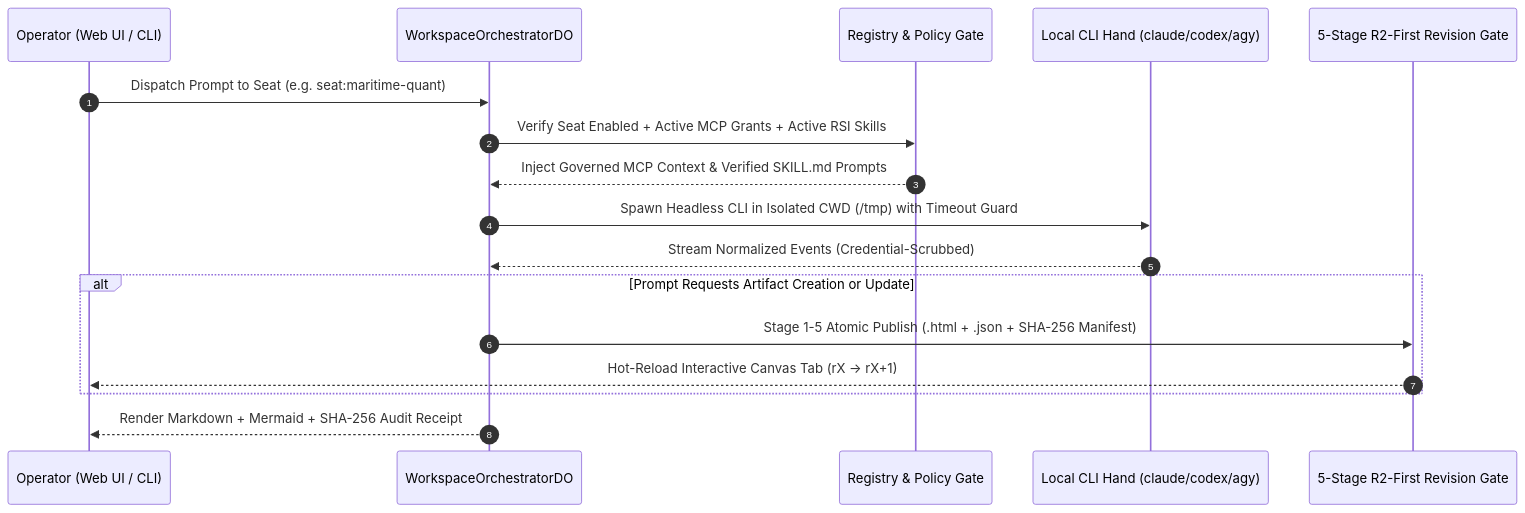
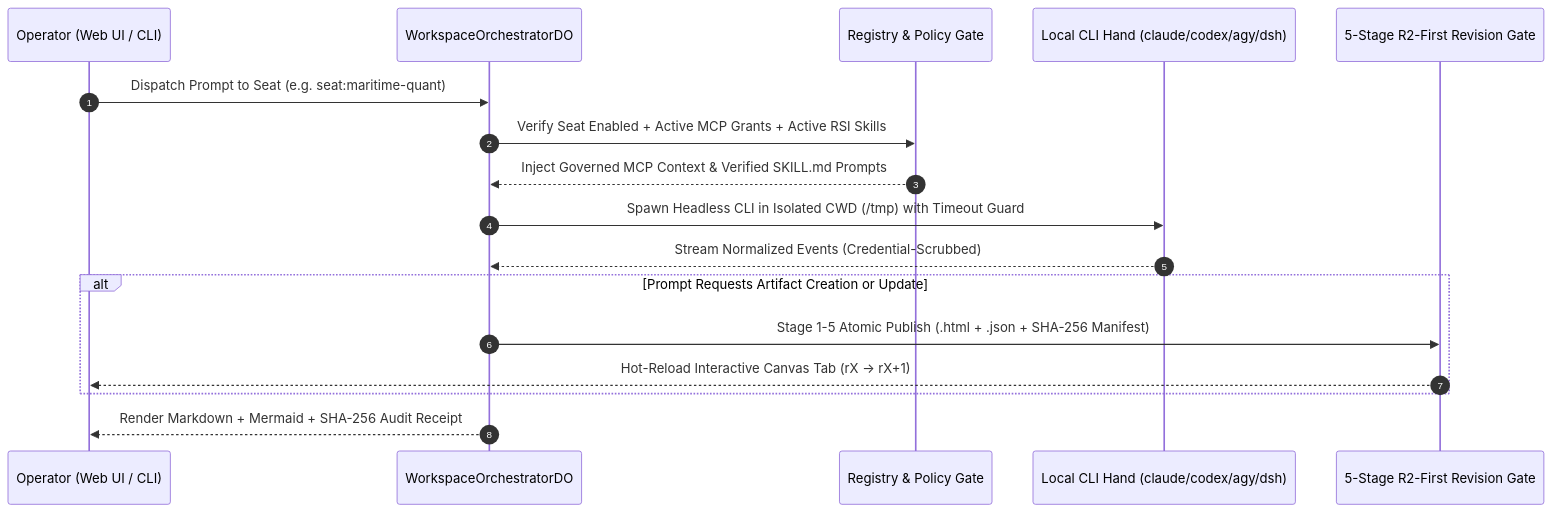
The diagram in docs/en/ARCHITECTURE.md (dmquant/archonos-pub), drawn with Mermaid before and after one commit. The commit also changed other lines of this file and 9 other files, not shown here.

First line of the commit message:
docs(hands): document the five local hands and dsh credentials

````diff
--- a/docs/en/ARCHITECTURE.md
+++ b/docs/en/ARCHITECTURE.md
@@ -11,20 +11,20 @@
 ```mermaid
 sequenceDiagram
   autonumber
   participant Op as Operator (Web UI / CLI)
   participant DO as WorkspaceOrchestratorDO
   participant Gate as Registry & Policy Gate
-  participant Hand as Local CLI Hand (claude/codex/agy)
+  participant Hand as Local CLI Hand (claude/codex/agy/dsh)
   participant Canvas as 5-Stage R2-First Revision Gate
 
   Op->>DO: Dispatch Prompt to Seat (e.g. seat:maritime-quant)
   DO->>Gate: Verify Seat Enabled + Active MCP Grants + Active RSI Skills
   Gate-->>DO: Inject Governed MCP Context & Verified SKILL.md Prompts
   DO->>Hand: Spawn Headless CLI in Isolated CWD (/tmp) with Timeout Guard
   Hand-->>DO: Stream Normalized Events (Credential-Scrubbed)
   alt Prompt Requests Artifact Creation or Update
     DO->>Canvas: Stage 1-5 Atomic Publish (.html + .json + SHA-256 Manifest)
     Canvas-->>Op: Hot-Reload Interactive Canvas Tab (rX -> rX+1)
   end
   DO-->>Op: Render Markdown + Mermaid + SHA-256 Audit Receipt
 ```
````
